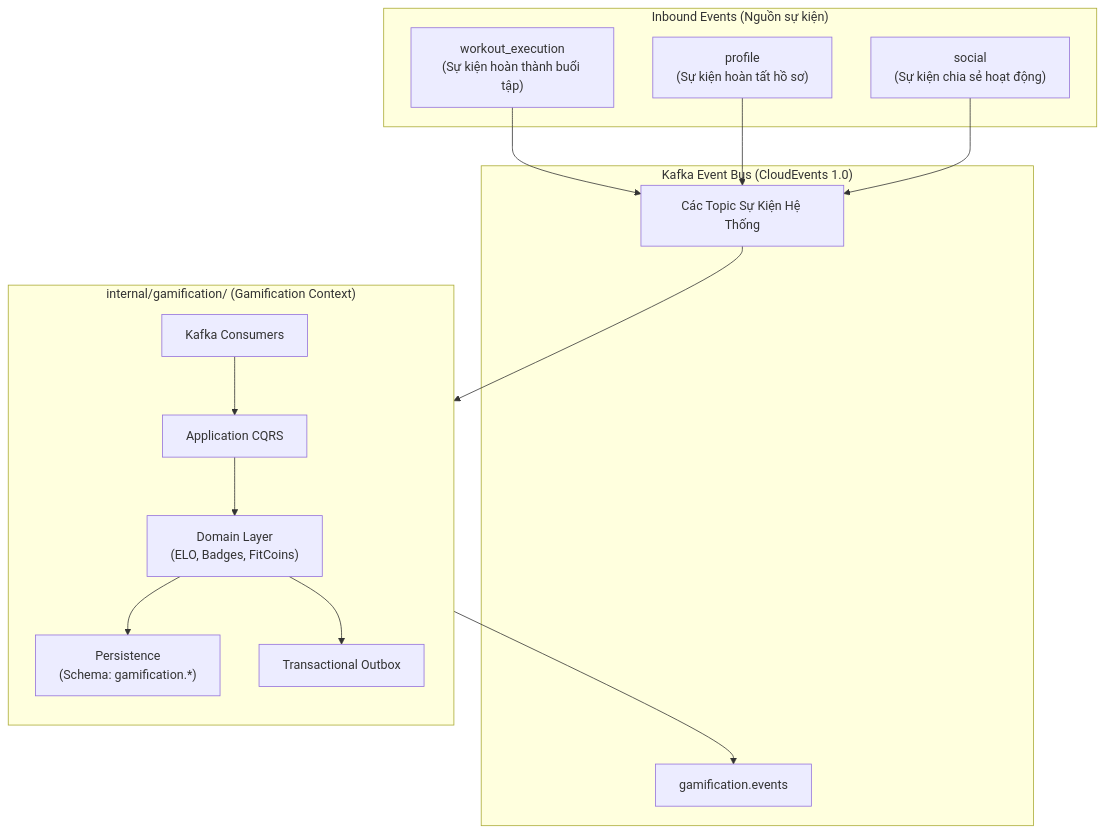
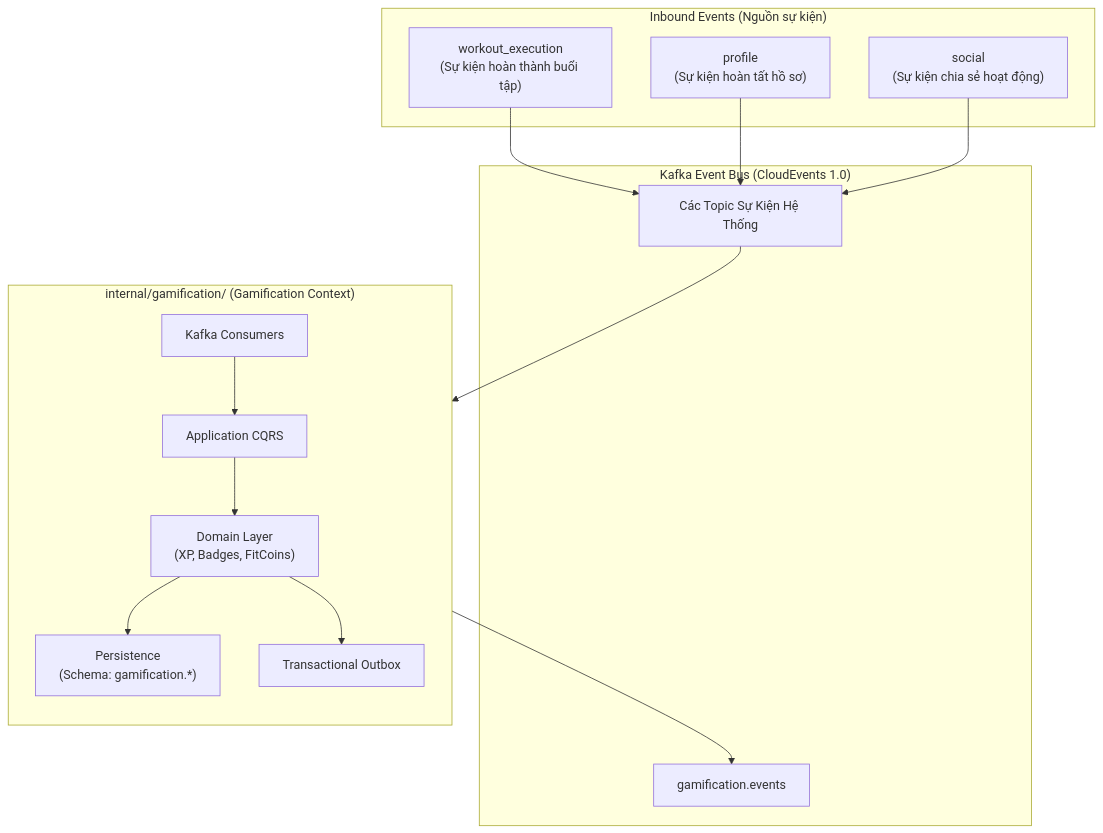
One commit to viethung213/gym-companion changed the diagram in internal/gamification/docs/architecture.md. Above: the diagram before and after it, drawn with Mermaid. The commit also changed other lines of this file and 17 other files, not shown here.

````diff
--- a/internal/gamification/docs/architecture.md
+++ b/internal/gamification/docs/architecture.md
@@ -13,27 +13,27 @@
 ```mermaid
 flowchart TD
     subgraph CoreDomains["Inbound Events (Nguồn sự kiện)"]
         WE["workout_execution<br/>(Sự kiện hoàn thành buổi tập)"]
         PR["profile<br/>(Sự kiện hoàn tất hồ sơ)"]
         SO["social<br/>(Sự kiện chia sẻ hoạt động)"]
     end
 
     subgraph EventBus["Kafka Event Bus (CloudEvents 1.0)"]
         TOPIC_IN["Các Topic Sự Kiện Hệ Thống"]
         TOPIC_GA["gamification.events"]
     end
 
     subgraph GamificationContext["internal/gamification/ (Gamification Context)"]
         direction TB
         G_CONSUMER["Kafka Consumers"]
         G_APP["Application CQRS"]
-        G_DOMAIN["Domain Layer<br/>(ELO, Badges, FitCoins)"]
+        G_DOMAIN["Domain Layer<br/>(XP, Badges, FitCoins)"]
         G_REPO["Persistence<br/>(Schema: gamification.*)"]
         G_OUTBOX["Transactional Outbox"]
     end
 
     WE & PR & SO --> TOPIC_IN
     TOPIC_IN --> G_CONSUMER
     G_CONSUMER --> G_APP --> G_DOMAIN --> G_REPO
     G_DOMAIN --> G_OUTBOX --> TOPIC_GA
 ```
````
